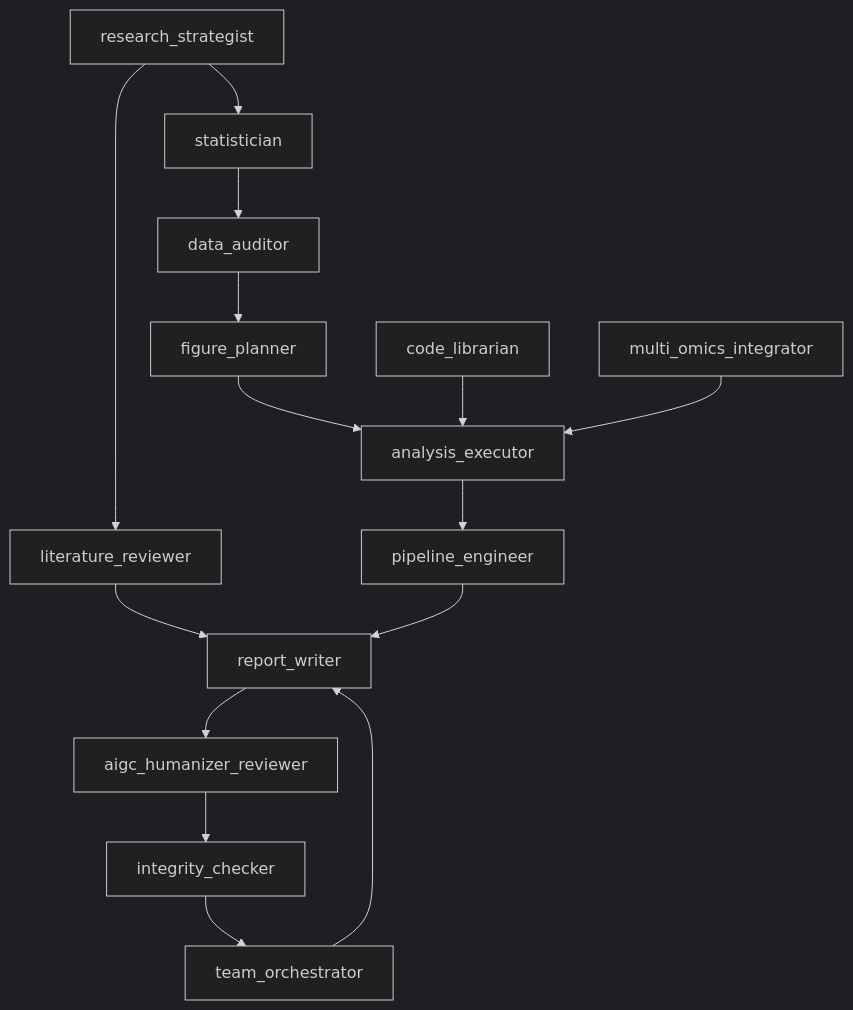
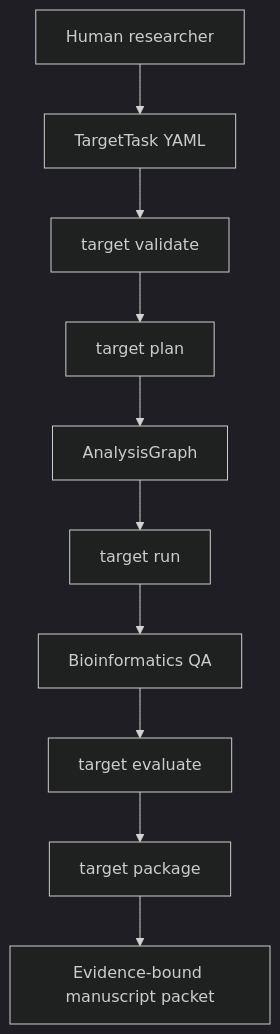
One commit to anthonyvmppg3yigdt33kp-lang/ResearchPaperWorkflow changed the diagram in ARCHITECTURE.md. Above: the diagram before and after it, drawn with Mermaid (dark theme). The commit also changed other lines of this file and 94 other files, not shown here.

````diff
--- a/ARCHITECTURE.md
+++ b/ARCHITECTURE.md
@@ -288,17 +13,12 @@
 ```mermaid
 flowchart TB
-    R["research_strategist"] --> L["literature_reviewer"]
-    R --> S["statistician"]
-    L --> W["report_writer"]
-    S --> DA["data_auditor"]
-    DA --> FP["figure_planner"]
-    FP --> AE["analysis_executor"]
-    AE --> PE["pipeline_engineer"]
-    PE --> W
-    W --> AH["aigc_humanizer_reviewer"]
-    AH --> IC["integrity_checker"]
-    IC --> TO["team_orchestrator"]
-    TO --> W
-    CL["code_librarian"] --> AE
-    MO["multi_omics_integrator"] --> AE
+    U["Human researcher"] --> T["TargetTask YAML"]
+    T --> V["target validate"]
+    V --> P["target plan"]
+    P --> G["AnalysisGraph"]
+    G --> R["target run"]
+    R --> Q["Bioinformatics QA"]
+    Q --> E["target evaluate"]
+    E --> K["target package"]
+    K --> M["Evidence-bound manuscript packet"]
 ```
````
